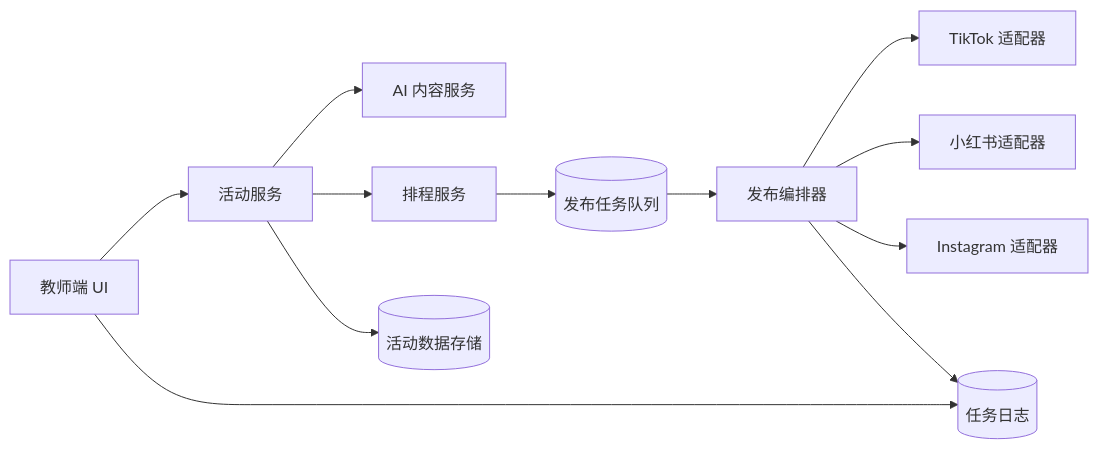
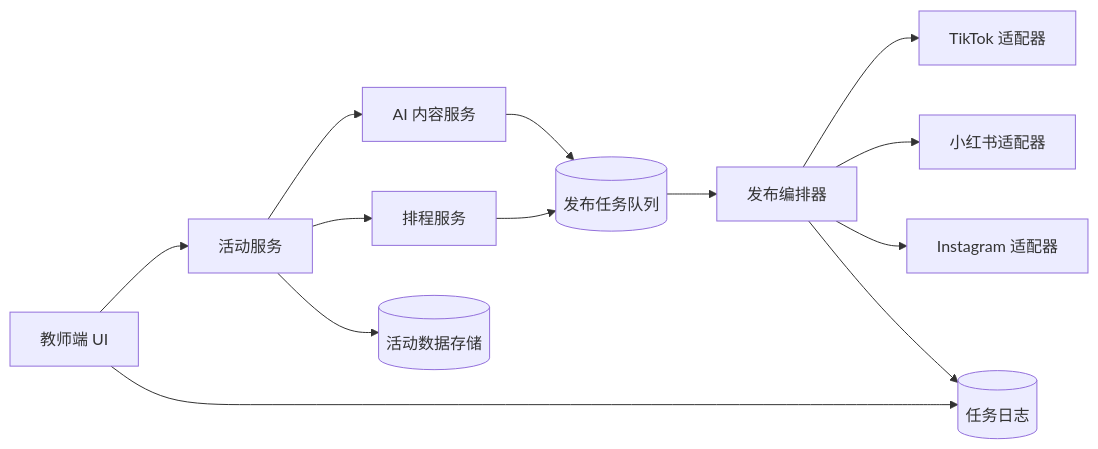
Before and after one commit to ClearloveZc/MusicNBrain-SocialMediaAutomation: the first of 3 diagrams in docs/us3/02-design-spec.zh-CN.md, drawn with Mermaid.

Commit message:
Add ContentSvc dependency to JobQueue

````diff
--- a/docs/us3/02-design-spec.zh-CN.md
+++ b/docs/us3/02-design-spec.zh-CN.md
@@ -18,26 +18,27 @@
 ```mermaid
 flowchart LR
     Teacher[教师端 UI]
     CampaignSvc[活动服务]
     ContentSvc[AI 内容服务]
     Scheduler[排程服务]
     JobQueue[(发布任务队列)]
     Orchestrator[发布编排器]
     TikTok[TikTok 适配器]
     XHS[小红书适配器]
     IG[Instagram 适配器]
     Store[(活动数据存储)]
     Logs[(任务日志)]
 
     Teacher --> CampaignSvc
     CampaignSvc --> ContentSvc
     CampaignSvc --> Store
     CampaignSvc --> Scheduler
+    ContentSvc --> JobQueue
     Scheduler --> JobQueue
     JobQueue --> Orchestrator
     Orchestrator --> TikTok
     Orchestrator --> XHS
     Orchestrator --> IG
     Orchestrator --> Logs
     Teacher --> Logs
 ```
````
